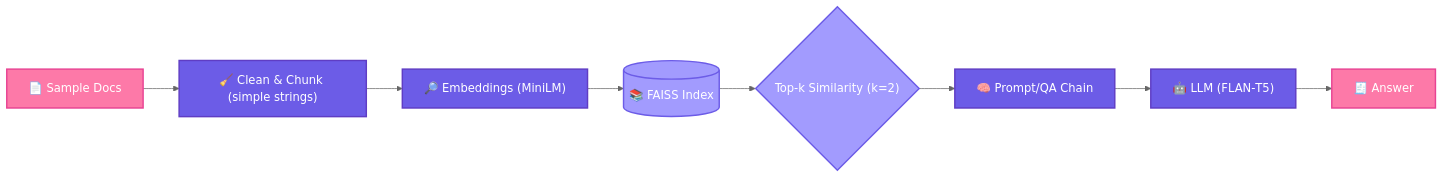
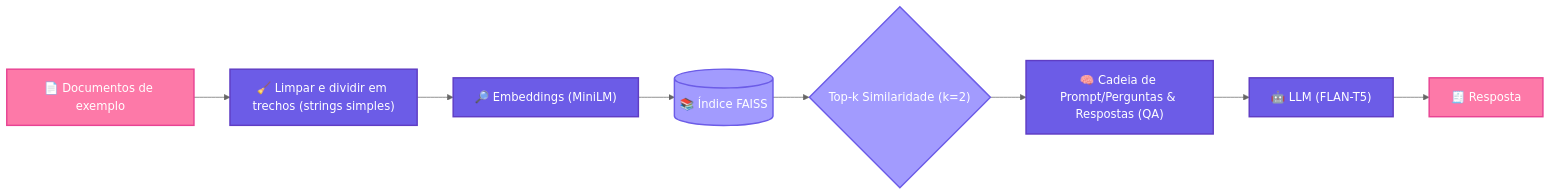
The diagram in README.md (bcmaymonegalvao/pipeline-rag-langchain), drawn with Mermaid (neutral theme) before and after one commit.

Commit message:
atualizando o desenho da pipeline

````diff
--- a/README.md
+++ b/README.md
@@ -71,19 +71,19 @@
 ```mermaid
 flowchart LR
-    A["📄 Sample Docs"] --> B["🧹 Clean & Chunk (simple strings)"]
+    A["📄 Documentos de exemplo"] --> B["🧹 Limpar e dividir em trechos (strings simples)"]
     B --> C["🔎 Embeddings (MiniLM)"]
-    C --> D[("📚 FAISS Index")]
-    D --> E{"Top‑k Similarity (k=2)"}
-    E --> F["🧠 Prompt/QA Chain"]
-    F --> G["🤖 LLM (FLAN‑T5)"]
-    G --> H["🧾 Answer"]
+    C --> D[("📚 Índice FAISS")]
+    D --> E{"Top-k Similaridade (k=2)"}
+    E --> F["🧠 Cadeia de Prompt/Perguntas & Respostas (QA)"]
+    F --> G["🤖 LLM (FLAN-T5)"]
+    G --> H["🧾 Resposta"]
     
     classDef primary fill:#6c5ce7,stroke:#5f3dc4,stroke-width:2px,color:#fff
     classDef secondary fill:#a29bfe,stroke:#6c5ce7,stroke-width:2px,color:#fff
     classDef accent fill:#fd79a8,stroke:#e84393,stroke-width:2px,color:#fff
     classDef success fill:#00b894,stroke:#00a085,stroke-width:2px,color:#fff
     
     class A,H accent
     class B,C,F,G primary
     class D,E secondary
 ```
````
